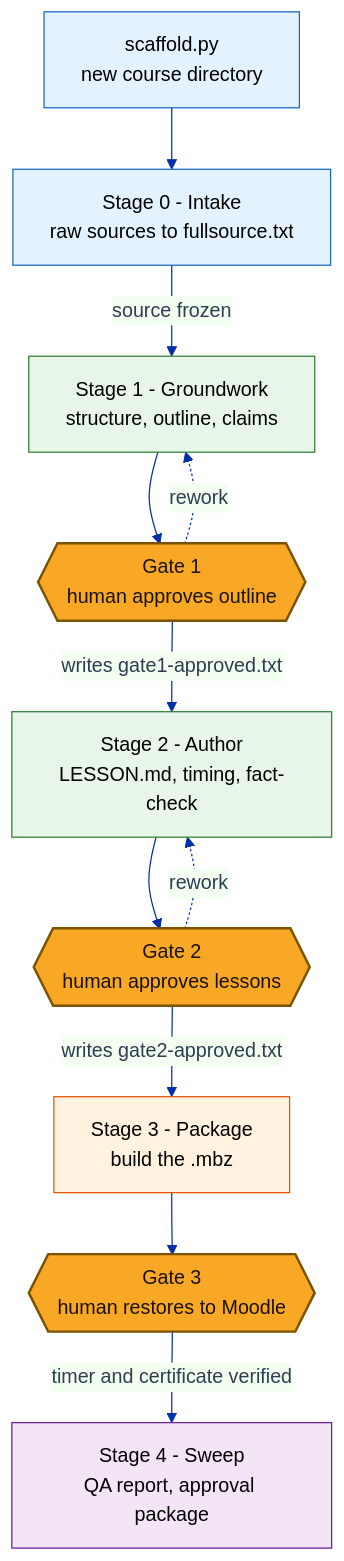
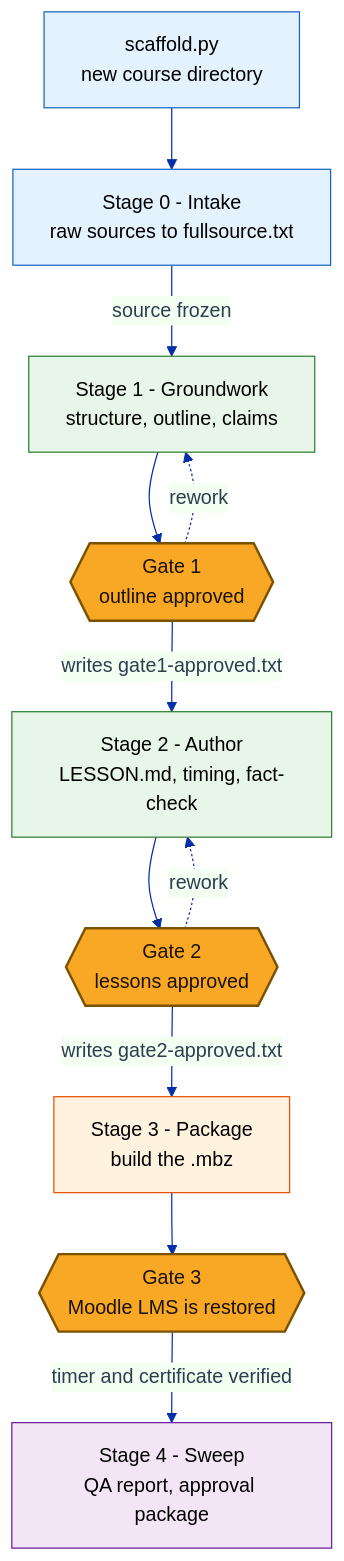
Before and after one commit to mmentzerhernandez/global_experience: the diagram in diagrams/coursefactory-overview.mmd, drawn with Mermaid. The commit also changed 6 other files, not shown here.

```diff
--- a/diagrams/coursefactory-overview.mmd
+++ b/diagrams/coursefactory-overview.mmd
@@ -1,40 +1,40 @@
 ---
 config:
   theme: base
   themeVariables:
     primaryColor: "#f0f3ff"
     primaryBorderColor: "#002fa7"
     primaryTextColor: "#2c3e50"
     lineColor: "#002fa7"
     fontFamily: "-apple-system,BlinkMacSystemFont,Segoe UI,Roboto,sans-serif"
 ---
 flowchart TD
     SCAFFOLD["scaffold.py<br/>new course directory"]:::access
 
     S0["Stage 0 - Intake<br/>raw sources to fullsource.txt"]:::intake
     S1["Stage 1 - Groundwork<br/>structure, outline, claims"]:::author
-    G1{{"Gate 1<br/>human approves outline"}}:::gate
+    G1{{"Gate 1<br/>outline approved"}}:::gate
     S2["Stage 2 - Author<br/>LESSON.md, timing, fact-check"]:::author
-    G2{{"Gate 2<br/>human approves lessons"}}:::gate
+    G2{{"Gate 2<br/>lessons approved"}}:::gate
     S3["Stage 3 - Package<br/>build the .mbz"]:::package
-    G3{{"Gate 3<br/>human restores to Moodle"}}:::gate
+    G3{{"Gate 3<br/>Moodle LMS is restored"}}:::gate
     S4["Stage 4 - Sweep<br/>QA report, approval package"]:::sweep
 
     SCAFFOLD --> S0
     S0 -->|"source frozen"| S1
     S1 --> G1
     G1 -->|"writes gate1-approved.txt"| S2
     S2 --> G2
     G2 -->|"writes gate2-approved.txt"| S3
     S3 --> G3
     G3 -->|"timer and certificate verified"| S4
 
     G1 -.->|"rework"| S1
     G2 -.->|"rework"| S2
 
     classDef access fill:#E3F2FD,stroke:#1565C0,color:#000000
     classDef intake fill:#E3F2FD,stroke:#1565C0,color:#000000
     classDef author fill:#E8F5E9,stroke:#2E7D32,color:#000000
     classDef package fill:#FFF3E0,stroke:#E65100,color:#000000
     classDef sweep fill:#F3E5F5,stroke:#6A1B9A,color:#000000
     classDef gate fill:#F9A825,stroke:#7A5200,color:#1A1200,stroke-width:2px
```
